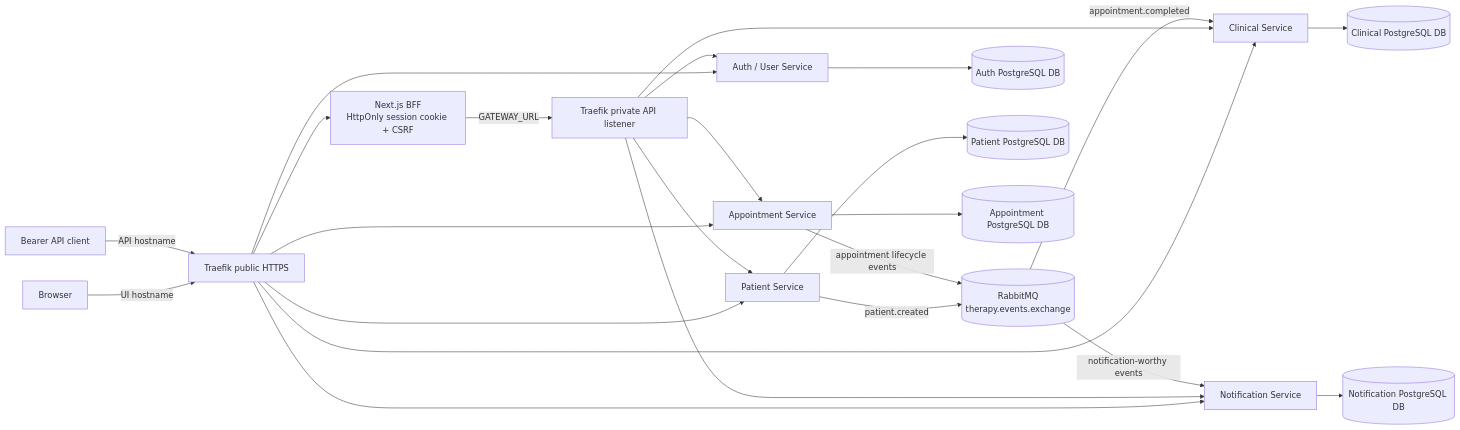
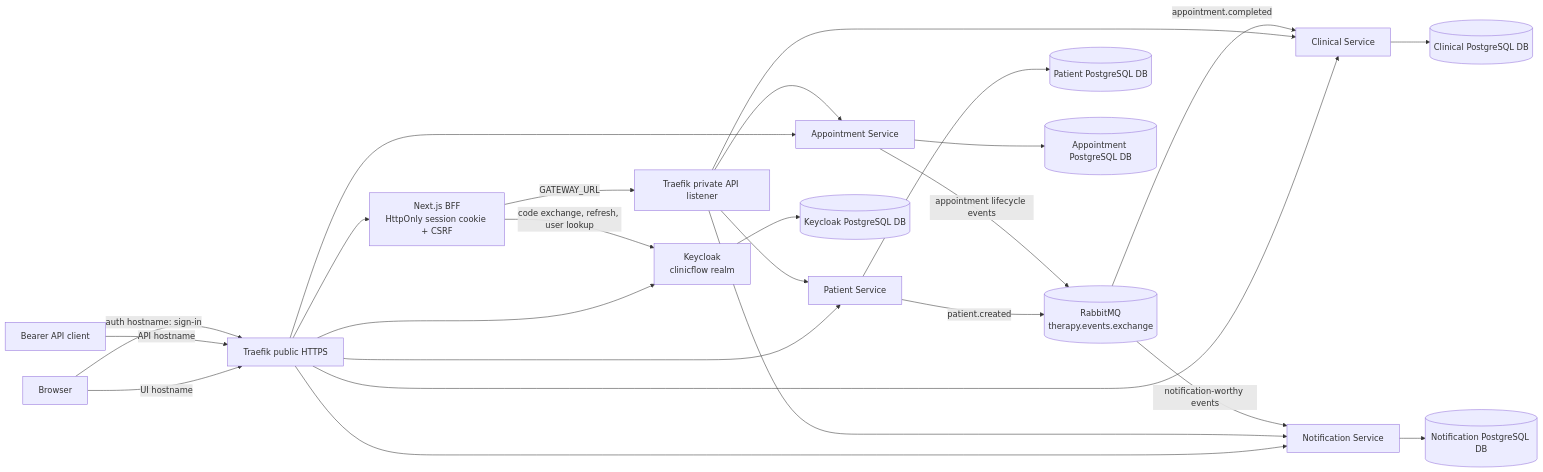
The diagram in README.md (rafaeljbgomes/ClinicFlow), drawn with Mermaid before and after one commit. The commit also changed other lines of this file and 19 other files, not shown here.

First line of the commit message:
docs: record the auth-service retirement in ADR-031

````diff
--- a/README.md
+++ b/README.md
@@ -70,47 +71,48 @@
 ```mermaid
 flowchart LR
     Browser[Browser]
     BFF[Next.js BFF\nHttpOnly session cookie + CSRF]
 
-    Auth[Auth / User Service]
+    Keycloak[Keycloak\nclinicflow realm]
     Patient[Patient Service]
     Appointment[Appointment Service]
     Clinical[Clinical Service]
     Notification[Notification Service]
 
     Broker[(RabbitMQ\ntherapy.events.exchange)]
-    AuthDB[(Auth PostgreSQL DB)]
+    KeycloakDB[(Keycloak PostgreSQL DB)]
     PatientDB[(Patient PostgreSQL DB)]
     AppointmentDB[(Appointment PostgreSQL DB)]
     ClinicalDB[(Clinical PostgreSQL DB)]
     NotificationDB[(Notification PostgreSQL DB)]
 
     Edge[Traefik public HTTPS]
     Private[Traefik private API listener]
     Client[Bearer API client]
     Browser -->|UI hostname| Edge
     Edge --> BFF
     BFF -->|GATEWAY_URL| Private
     Client -->|API hostname| Edge
-    Edge --> Auth
+    Browser -->|auth hostname: sign-in| Edge
+    Edge --> Keycloak
+    BFF -->|code exchange, refresh, user lookup| Keycloak
     Edge --> Patient
     Edge --> Appointment
     Edge --> Clinical
     Edge --> Notification
-    Private --> Auth
     Private --> Patient
     Private --> Appointment
     Private --> Clinical
     Private --> Notification
 
-    Auth --> AuthDB
+    Keycloak --> KeycloakDB
     Patient --> PatientDB
     Appointment --> AppointmentDB
     Clinical --> ClinicalDB
     Notification --> NotificationDB
 
     Patient -->|patient.created| Broker
     Appointment -->|appointment lifecycle events| Broker
     Broker -->|notification-worthy events| Notification
     Broker -->|appointment.completed| Clinical
 ```
````
